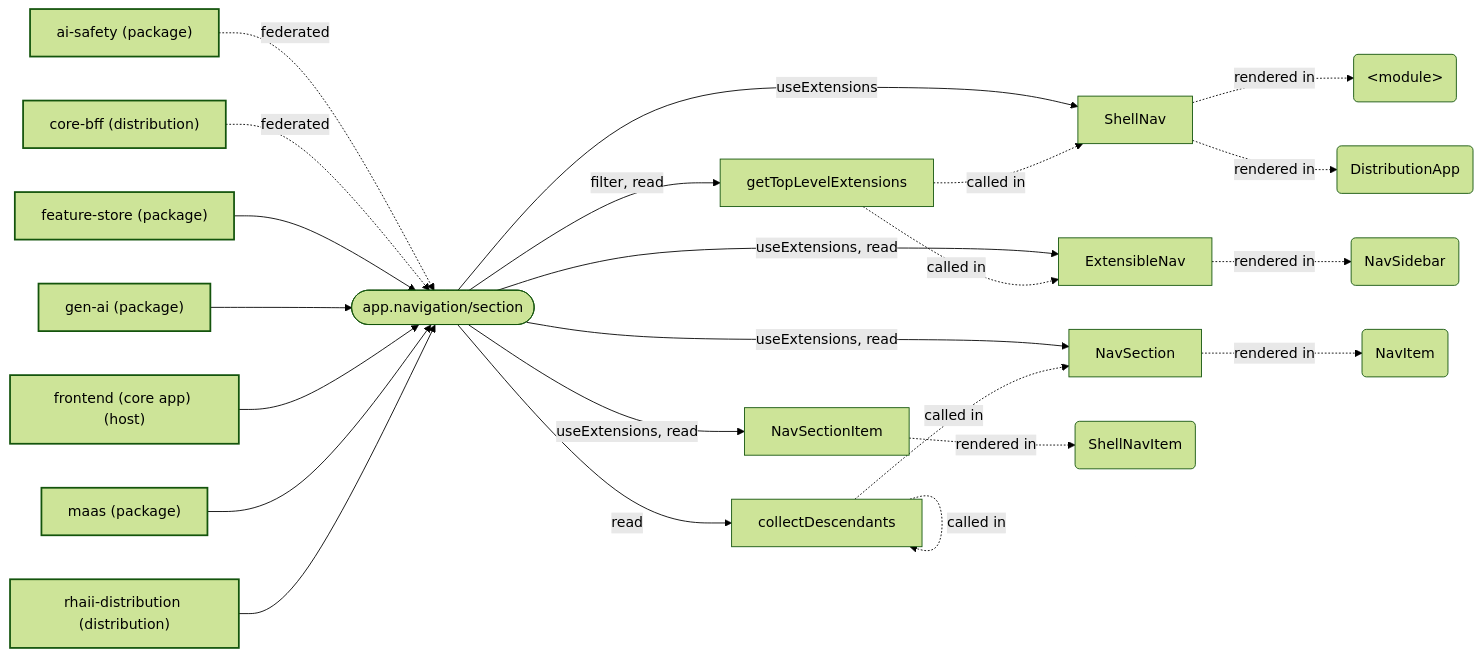
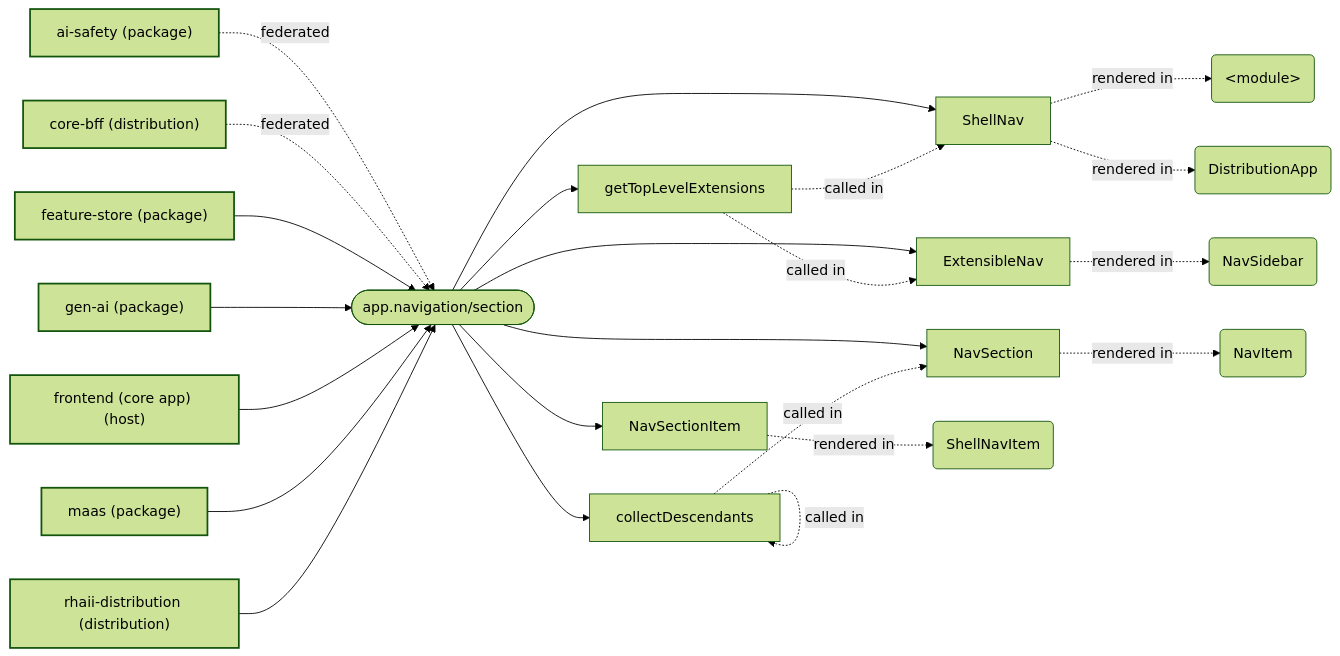
One commit to mturley/odh-dashboard changed the sixth of 16 diagrams in packages/plugin-core/docs/extensions.md. Above: the diagram before and after it, drawn with Mermaid (forest theme). The commit also changed other lines of this file and 28 other files, not shown here.

````diff
--- a/packages/plugin-core/docs/extensions.md
+++ b/packages/plugin-core/docs/extensions.md
@@ -665,46 +598,46 @@
 ```mermaid
 flowchart LR
   classDef pkg stroke-width:2px
   classDef point stroke-width:1px
   n_pkg__odh_dashboard_ai_safety_7fe101["ai-safety (package)"]:::pkg
   n_pkg__odh_dashboard_core_bff_09a36a["core-bff (distribution)"]:::pkg
   n_pkg__odh_dashboard_feature_store_007774["feature-store (package)"]:::pkg
   n_pkg__odh_dashboard_gen_ai_f11571["gen-ai (package)"]:::pkg
   n_pkg__odh_dashboard_internal_143c2f["frontend (core app) (host)"]:::pkg
   n_pkg__odh_dashboard_maas_87d494["maas (package)"]:::pkg
   n_pkg__odh_dashboard_rhaii_distribution_c06492["rhaii-distribution (distribution)"]:::pkg
   n_app_navigation_section_34ff18(["app.navigation/section"]):::point
   n_pkg__odh_dashboard_ai_safety_7fe101 -. "federated" .-> n_app_navigation_section_34ff18
   n_pkg__odh_dashboard_core_bff_09a36a -. "federated" .-> n_app_navigation_section_34ff18
   n_pkg__odh_dashboard_feature_store_007774 --> n_app_navigation_section_34ff18
   n_pkg__odh_dashboard_gen_ai_f11571 --> n_app_navigation_section_34ff18
   n_pkg__odh_dashboard_internal_143c2f --> n_app_navigation_section_34ff18
   n_pkg__odh_dashboard_maas_87d494 --> n_app_navigation_section_34ff18
   n_pkg__odh_dashboard_rhaii_distribution_c06492 --> n_app_navigation_section_34ff18
   n_symbol_distributions_base_src_ShellNav_tsx_NavSectionItem_5f99f6["NavSectionItem"]
-  n_app_navigation_section_34ff18 -- "useExtensions, read" --> n_symbol_distributions_base_src_ShellNav_tsx_NavSectionItem_5f99f6
+  n_app_navigation_section_34ff18 --> n_symbol_distributions_base_src_ShellNav_tsx_NavSectionItem_5f99f6
   n_symbol_distributions_base_src_ShellNav_tsx_ShellNav_9643ce["ShellNav"]
-  n_app_navigation_section_34ff18 -- "useExtensions" --> n_symbol_distributions_base_src_ShellNav_tsx_ShellNav_9643ce
+  n_app_navigation_section_34ff18 --> n_symbol_distributions_base_src_ShellNav_tsx_ShellNav_9643ce
   n_symbol_frontend_src_app_navigation_ExtensibleNav_tsx_ExtensibleNav_a7766a["ExtensibleNav"]
-  n_app_navigation_section_34ff18 -- "useExtensions, read" --> n_symbol_frontend_src_app_navigation_ExtensibleNav_tsx_ExtensibleNav_a7766a
+  n_app_navigation_section_34ff18 --> n_symbol_frontend_src_app_navigation_ExtensibleNav_tsx_ExtensibleNav_a7766a
   n_symbol_frontend_src_app_navigation_NavSection_tsx_NavSection_4fbf86["NavSection"]
-  n_app_navigation_section_34ff18 -- "useExtensions, read" --> n_symbol_frontend_src_app_navigation_NavSection_tsx_NavSection_4fbf86
+  n_app_navigation_section_34ff18 --> n_symbol_frontend_src_app_navigation_NavSection_tsx_NavSection_4fbf86
   n_symbol_frontend_src_app_navigation_NavSection_tsx_collectDescendants_c1c0b0["collectDescendants"]
-  n_app_navigation_section_34ff18 -- "read" --> n_symbol_frontend_src_app_navigation_NavSection_tsx_collectDescendants_c1c0b0
+  n_app_navigation_section_34ff18 --> n_symbol_frontend_src_app_navigation_NavSection_tsx_collectDescendants_c1c0b0
   n_symbol_packages_plugin_core_src_core_navigation_ts_getTopLevelExtensions_a58a47["getTopLevelExtensions"]
-  n_app_navigation_section_34ff18 -- "filter, read" --> n_symbol_packages_plugin_core_src_core_navigation_ts_getTopLevelExtensions_a58a47
+  n_app_navigation_section_34ff18 --> n_symbol_packages_plugin_core_src_core_navigation_ts_getTopLevelExtensions_a58a47
   n_symbol_distributions_base_src_ShellNav_tsx_ShellNavItem_395dcd("ShellNavItem")
   n_symbol_distributions_base_src_bootstrap_tsx__module__846cb0("#lt;module#gt;")
   n_symbol_distributions_base_src_createDistribution_tsx_DistributionApp_e5fabf("DistributionApp")
   n_symbol_frontend_src_app_NavSidebar_tsx_NavSidebar_1bfab7("NavSidebar")
   n_symbol_frontend_src_app_navigation_NavItem_tsx_NavItem_76250a("NavItem")
   n_symbol_distributions_base_src_ShellNav_tsx_NavSectionItem_5f99f6 -. "rendered in" .-> n_symbol_distributions_base_src_ShellNav_tsx_ShellNavItem_395dcd
   n_symbol_distributions_base_src_ShellNav_tsx_ShellNav_9643ce -. "rendered in" .-> n_symbol_distributions_base_src_bootstrap_tsx__module__846cb0
   n_symbol_distributions_base_src_ShellNav_tsx_ShellNav_9643ce -. "rendered in" .-> n_symbol_distributions_base_src_createDistribution_tsx_DistributionApp_e5fabf
   n_symbol_frontend_src_app_navigation_ExtensibleNav_tsx_ExtensibleNav_a7766a -. "rendered in" .-> n_symbol_frontend_src_app_NavSidebar_tsx_NavSidebar_1bfab7
   n_symbol_frontend_src_app_navigation_NavSection_tsx_NavSection_4fbf86 -. "rendered in" .-> n_symbol_frontend_src_app_navigation_NavItem_tsx_NavItem_76250a
   n_symbol_frontend_src_app_navigation_NavSection_tsx_collectDescendants_c1c0b0 -. "called in" .-> n_symbol_frontend_src_app_navigation_NavSection_tsx_collectDescendants_c1c0b0
   n_symbol_frontend_src_app_navigation_NavSection_tsx_collectDescendants_c1c0b0 -. "called in" .-> n_symbol_frontend_src_app_navigation_NavSection_tsx_NavSection_4fbf86
   n_symbol_packages_plugin_core_src_core_navigation_ts_getTopLevelExtensions_a58a47 -. "called in" .-> n_symbol_distributions_base_src_ShellNav_tsx_ShellNav_9643ce
   n_symbol_packages_plugin_core_src_core_navigation_ts_getTopLevelExtensions_a58a47 -. "called in" .-> n_symbol_frontend_src_app_navigation_ExtensibleNav_tsx_ExtensibleNav_a7766a
 ```
````
